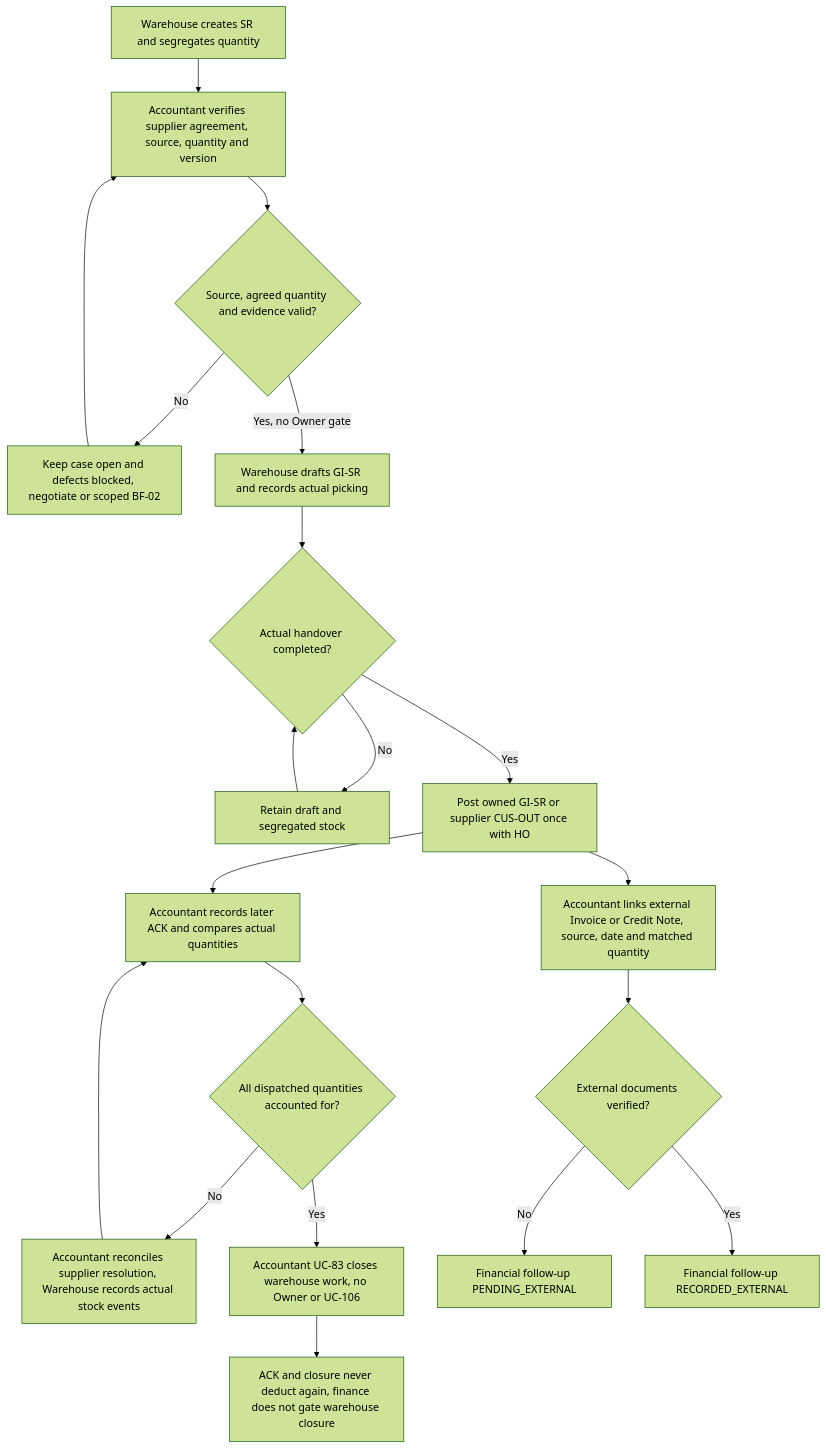
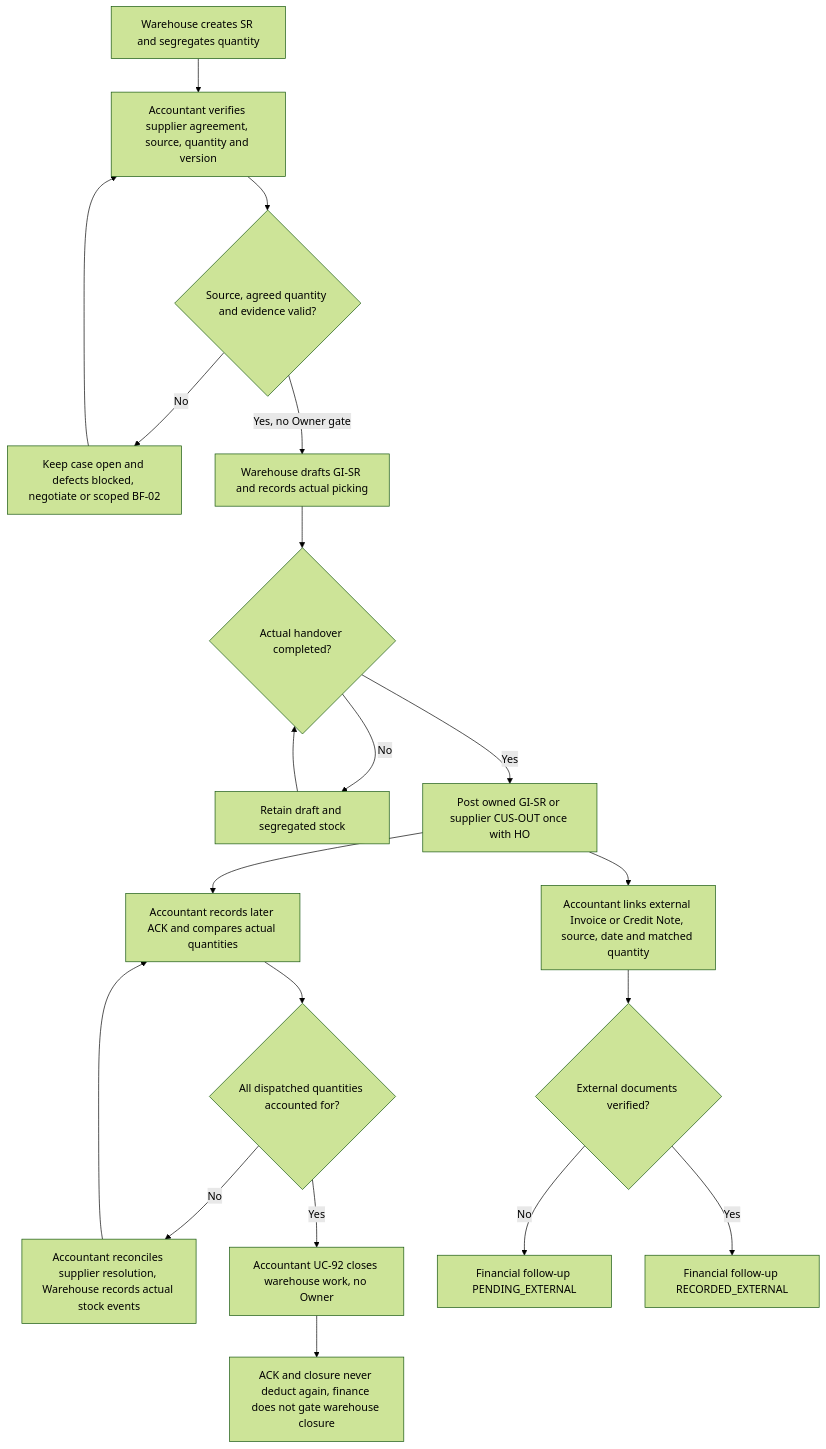
Before and after one commit to minhoa2005/building-material-management: the ninth of 9 diagrams in git_doc/docs/02_nghiep_vu/de_xuat_quy_trinh_2_EN.md, drawn with Mermaid (forest theme). The commit also changed other lines of this file and 13 other files, not shown here.

````diff
--- a/git_doc/docs/02_nghiep_vu/de_xuat_quy_trinh_2_EN.md
+++ b/git_doc/docs/02_nghiep_vu/de_xuat_quy_trinh_2_EN.md
@@ -942,23 +937,23 @@
 ```mermaid
 %% WMSD business baseline 3.1.0 - synchronized 2026-10-25
 flowchart TD
  A[Warehouse creates SR and segregates quantity] --> B[Accountant verifies supplier agreement, source, quantity and version]
  B --> C{Source, agreed quantity and evidence valid?}
  C -->|No| D[Keep case open and defects blocked, negotiate or scoped BF-02]
  D --> B
  C -->|Yes, no Owner gate| G[Warehouse drafts GI-SR and records actual picking]
  G --> H{Actual handover completed?}
  H -->|No| W[Retain draft and segregated stock]
  W --> H
  H -->|Yes| I[Post owned GI-SR or supplier CUS-OUT once with HO]
  I --> J[Accountant records later ACK and compares actual quantities]
  J --> K{All dispatched quantities accounted for?}
  K -->|No| M[Accountant reconciles supplier resolution, Warehouse records actual stock events]
  M --> J
- K -->|Yes| L[Accountant UC-83 closes warehouse work, no Owner or UC-106]
+ K -->|Yes| L[Accountant UC-92 closes warehouse work, no Owner]
  I --> N[Accountant links external Invoice or Credit Note, source, date and matched quantity]
  N --> N2{External documents verified?}
  N2 -->|No| N3[Financial follow-up PENDING_EXTERNAL]
  N2 -->|Yes| N4[Financial follow-up RECORDED_EXTERNAL]
  L --> Z[ACK and closure never deduct again, finance does not gate warehouse closure]
 ```
````
